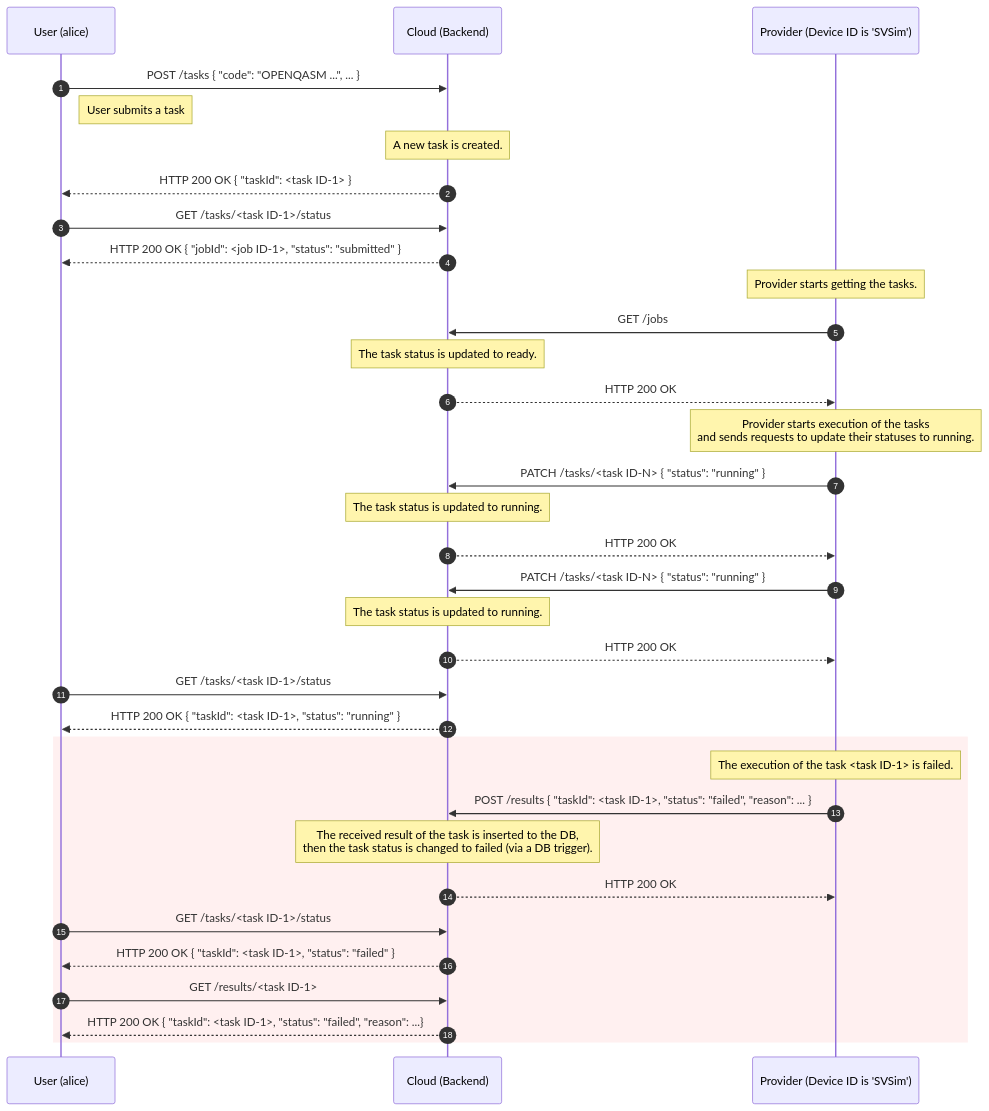
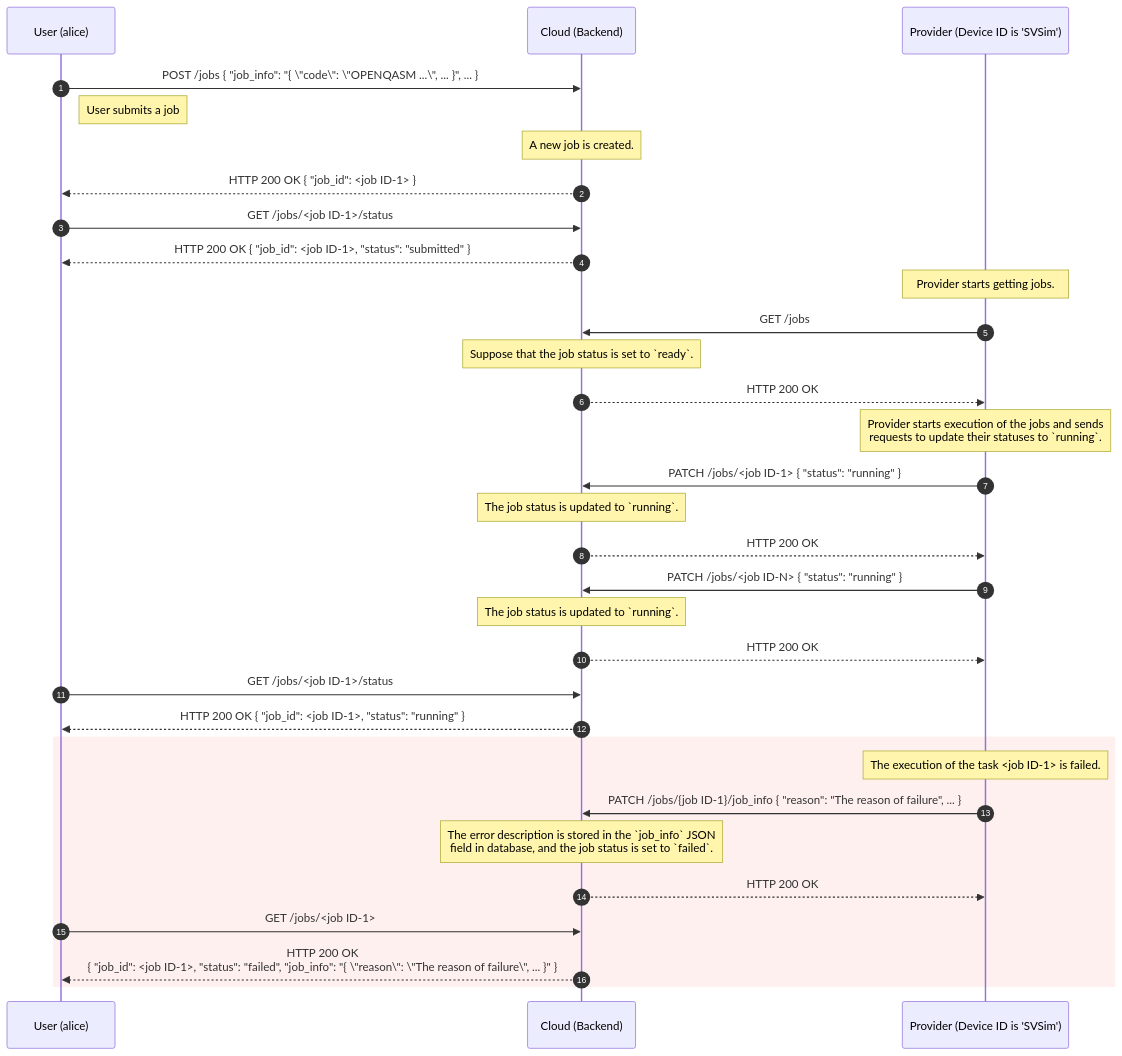
Before and after one commit to oqtopus-team/oqtopus-cloud: the second of 3 diagrams in docs/en/architecture/sequence_diagram.md, drawn with Mermaid. The commit also changed other lines of this file and 3 other files, not shown here.

````diff
--- a/docs/en/architecture/sequence_diagram.md
+++ b/docs/en/architecture/sequence_diagram.md
@@ -88,45 +86,43 @@
 ```mermaid
 sequenceDiagram
     autonumber
     participant User as User (alice)
     participant Cloud as Cloud (Backend)
     participant Provider as Provider (Device ID is 'SVSim')
 
-    User->>Cloud: POST /tasks { "code": "OPENQASM ...", ... }
-    Note right of User: User submits a task
-    Note over Cloud: A new task is created.
-    Cloud-->>User: HTTP 200 OK { "taskId": <task ID-1> }
+    User->>Cloud: POST /jobs { "job_info": "{ \"code\": \"OPENQASM ...\", ... }", ... }
 
-    User->>Cloud: GET /tasks/<task ID-1>/status
-    Cloud-->>User: HTTP 200 OK { "jobId": <job ID-1>, "status": "submitted" }
+    Note right of User: User submits a job
+    Note over Cloud: A new job is created.
+    Cloud-->>User: HTTP 200 OK { "job_id": <job ID-1> }
 
-    Note over Provider: Provider starts getting the tasks.
+    User->>Cloud: GET /jobs/<job ID-1>/status
+    Cloud-->>User: HTTP 200 OK { "job_id": <job ID-1>, "status": "submitted" }
+
+    Note over Provider: Provider starts getting jobs.
     Provider->>Cloud: GET /jobs
-    Note over Cloud: The task status is updated to ready.
+    Note over Cloud: Suppose that the job status is set to `ready`.
     Cloud-->>Provider: HTTP 200 OK
 
-    Note over Provider: Provider starts execution of the tasks<br>and sends requests to update their statuses to running.
-    Provider->>Cloud: PATCH /tasks/<task ID-N> { "status": "running" }
-    Note over Cloud: The task status is updated to running.
+    Note over Provider: Provider starts execution of the jobs and sends <br/>  requests to update their statuses to `running`.
+    Provider->>Cloud: PATCH /jobs/<job ID-1> { "status": "running" }
+    Note over Cloud: The job status is updated to `running`.
     Cloud-->>Provider: HTTP 200 OK
 
-    Provider->>Cloud: PATCH /tasks/<task ID-N> { "status": "running" }
-    Note over Cloud: The task status is updated to running.
+    Provider->>Cloud: PATCH /jobs/<job ID-N> { "status": "running" }
+    Note over Cloud: The job status is updated to `running`.
     Cloud-->>Provider: HTTP 200 OK
 
-    User->>Cloud: GET /tasks/<task ID-1>/status
-    Cloud-->>User: HTTP 200 OK { "taskId": <task ID-1>, "status": "running" }
+    User->>Cloud: GET /jobs/<job ID-1>/status
+    Cloud-->>User: HTTP 200 OK { "job_id": <job ID-1>, "status": "running" }
 
     rect rgb(255, 240, 240)
-        Note over Provider: The execution of the task <task ID-1> is failed.
-        Provider->>Cloud: POST /results { "taskId": <task ID-1>, "status": "failed", "reason": ... }
-        Note over Cloud: The received result of the task is inserted to the DB,<br> then the task status is changed to failed (via a DB trigger).
+        Note over Provider: The execution of the task <job ID-1> is failed.
+        Provider->>Cloud: PATCH /jobs/{job ID-1}/job_info { "reason": "The reason of failure", ... }
+        Note over Cloud: The error description is stored in the `job_info` JSON <br />field in database, and the job status is set to `failed`.
         Cloud-->>Provider: HTTP 200 OK
   
-        User->>Cloud: GET /tasks/<task ID-1>/status
-        Cloud-->>User: HTTP 200 OK { "taskId": <task ID-1>, "status": "failed" }
-  
-        User->>Cloud: GET /results/<task ID-1>
-        Cloud-->>User: HTTP 200 OK { "taskId": <task ID-1>, "status": "failed", "reason": ...}
+        User->>Cloud: GET /jobs/<job ID-1>
+        Cloud-->>User: HTTP 200 OK <br />{ "job_id": <job ID-1>, "status": "failed", "job_info": "{ \"reason\": \"The reason of failure\", ... }" }
     end
 ```
````
